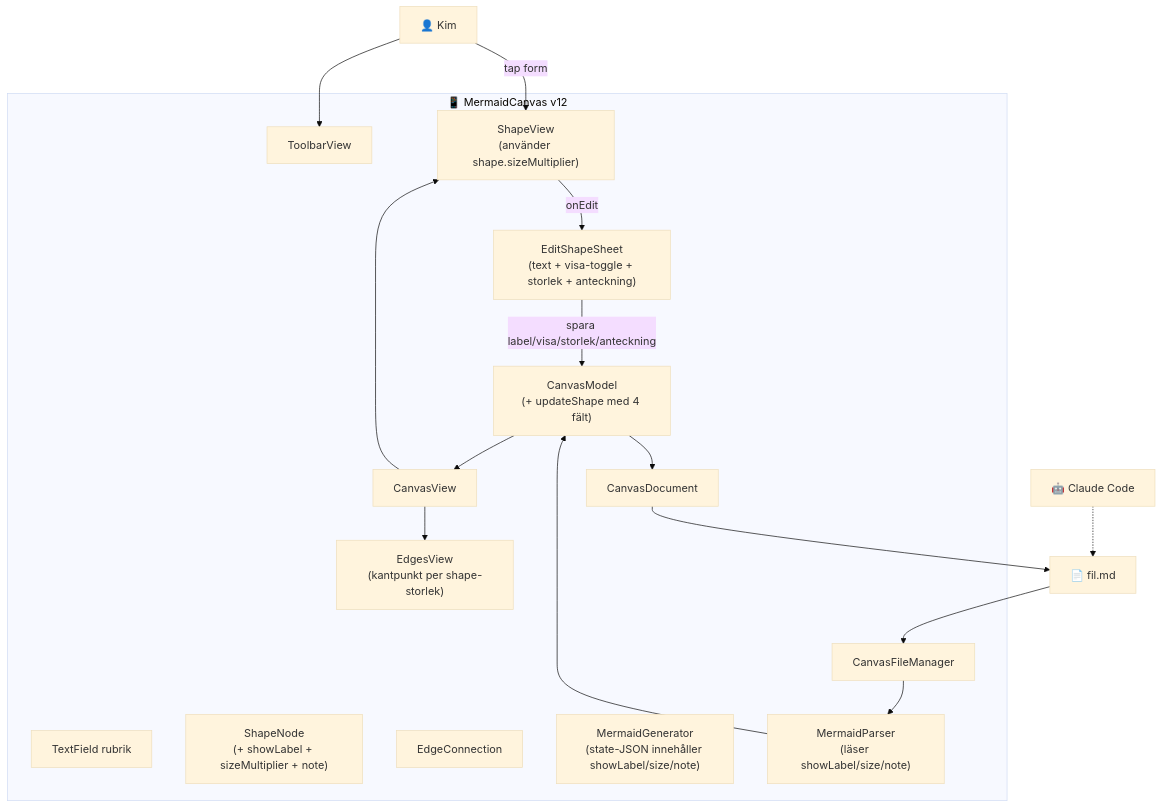
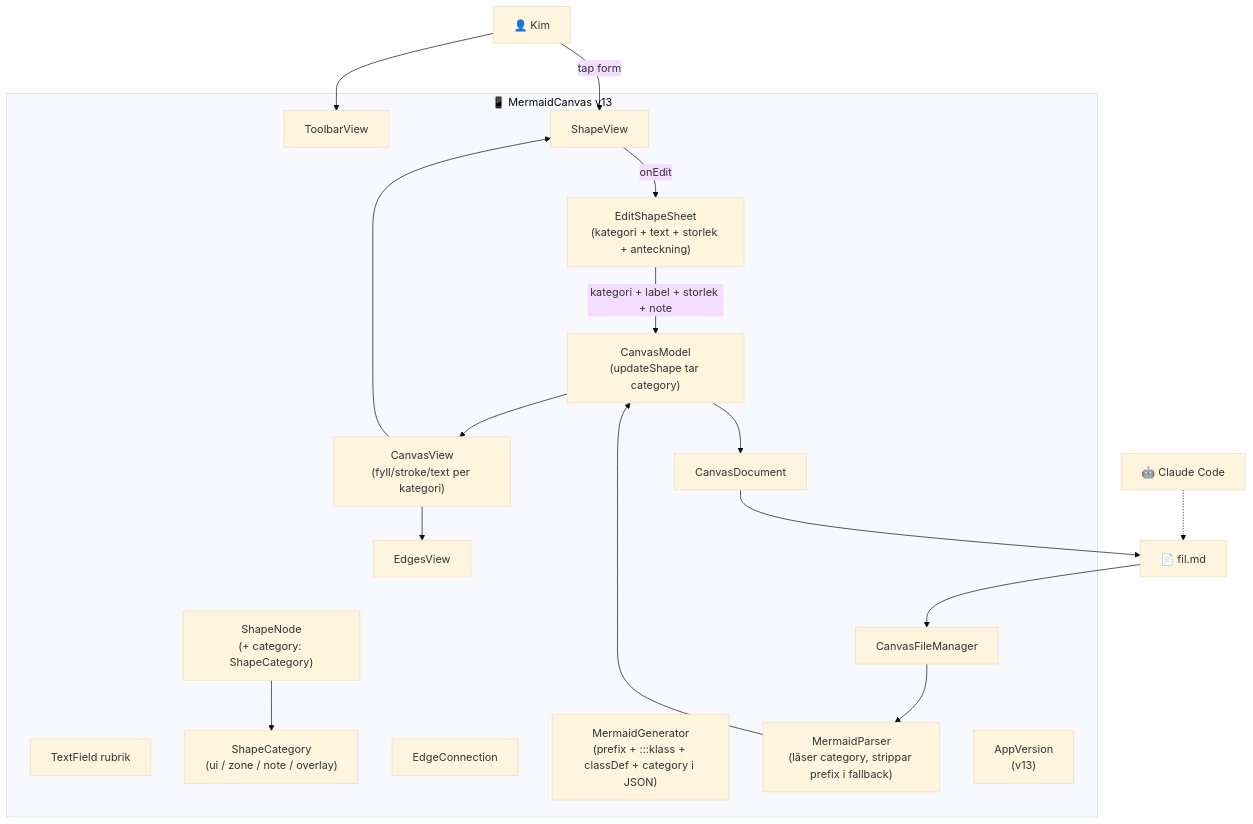
One commit to kim0scar/MermaidCanvas changed the diagram in ARKITEKTUR-MERMAID.md. Above: the diagram before and after it, drawn with Mermaid (base theme). The commit also changed other lines of this file and 10 other files, not shown here.

First line of the commit message:
v13: kategori-väljare i app + mermaid med classDef (MVP-2)

````diff
--- a/ARKITEKTUR-MERMAID.md
+++ b/ARKITEKTUR-MERMAID.md
@@ -8,37 +8,40 @@
 ```mermaid
 flowchart TD
     Kim["👤 Kim"]
     Claude["🤖 Claude Code"]
 
-    subgraph App["📱 MermaidCanvas v12"]
+    subgraph App["📱 MermaidCanvas v13"]
         ToolbarView["ToolbarView"]
         TitleField["TextField rubrik"]
-        CanvasView["CanvasView"]
-        ShapeView["ShapeView<br/>(använder shape.sizeMultiplier)"]
-        EditShapeSheet["EditShapeSheet<br/>(text + visa-toggle + storlek + anteckning)"]
-        EdgesView["EdgesView<br/>(kantpunkt per shape-storlek)"]
-        CanvasModel["CanvasModel<br/>(+ updateShape med 4 fält)"]
-        ShapeNode["ShapeNode<br/>(+ showLabel + sizeMultiplier + note)"]
+        CanvasView["CanvasView<br/>(fyll/stroke/text per kategori)"]
+        ShapeView["ShapeView"]
+        EditShapeSheet["EditShapeSheet<br/>(kategori + text + storlek + anteckning)"]
+        EdgesView["EdgesView"]
+        CanvasModel["CanvasModel<br/>(updateShape tar category)"]
+        ShapeNode["ShapeNode<br/>(+ category: ShapeCategory)"]
+        ShapeCategory["ShapeCategory<br/>(ui / zone / note / overlay)"]
         EdgeConnection["EdgeConnection"]
-        MermaidGenerator["MermaidGenerator<br/>(state-JSON innehåller showLabel/size/note)"]
-        MermaidParser["MermaidParser<br/>(läser showLabel/size/note)"]
+        MermaidGenerator["MermaidGenerator<br/>(prefix + :::klass + classDef + category i JSON)"]
+        MermaidParser["MermaidParser<br/>(läser category, strippar prefix i fallback)"]
         CanvasDocument["CanvasDocument"]
         CanvasFileManager["CanvasFileManager"]
+        AppVersion["AppVersion<br/>(v13)"]
     end
 
     File["📄 fil.md"]
 
     Kim --> ToolbarView
     Kim -->|tap form| ShapeView
     ShapeView -->|onEdit| EditShapeSheet
-    EditShapeSheet -->|spara label/visa/storlek/anteckning| CanvasModel
+    EditShapeSheet -->|kategori + label + storlek + note| CanvasModel
+    ShapeNode --> ShapeCategory
     CanvasModel --> CanvasView
     CanvasView --> ShapeView
     CanvasView --> EdgesView
     CanvasModel --> CanvasDocument
     CanvasDocument --> File
     File --> CanvasFileManager
     CanvasFileManager --> MermaidParser
     MermaidParser --> CanvasModel
     Claude -.-> File
 ```
````
